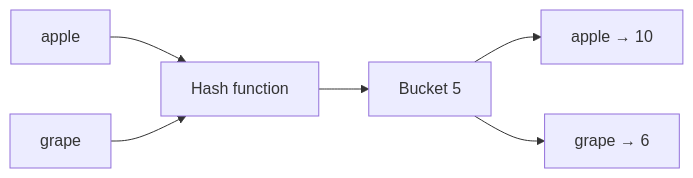
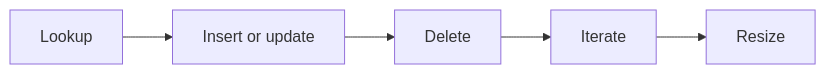
The second of 16 diagrams in docs/datastructures/hash-map.md (9999dude/omega), drawn with Mermaid before and after one commit. The commit also changed other lines of this file and 58 other files, not shown here.

````diff
--- a/docs/datastructures/hash-map.md
+++ b/docs/datastructures/hash-map.md
@@ -219,8 +59,8 @@
 ```mermaid
 flowchart LR
-    A["apple"] --> C["Hash function"]
-    B["grape"] --> C
-    C --> D["Bucket 5"]
-    D --> E["apple → 10"]
-    D --> F["grape → 6"]
+    A0["Lookup"]
+    A0 --> A1["Insert or update"]
+    A1 --> A2["Delete"]
+    A2 --> A3["Iterate"]
+    A3 --> A4["Resize"]
 ```
````
